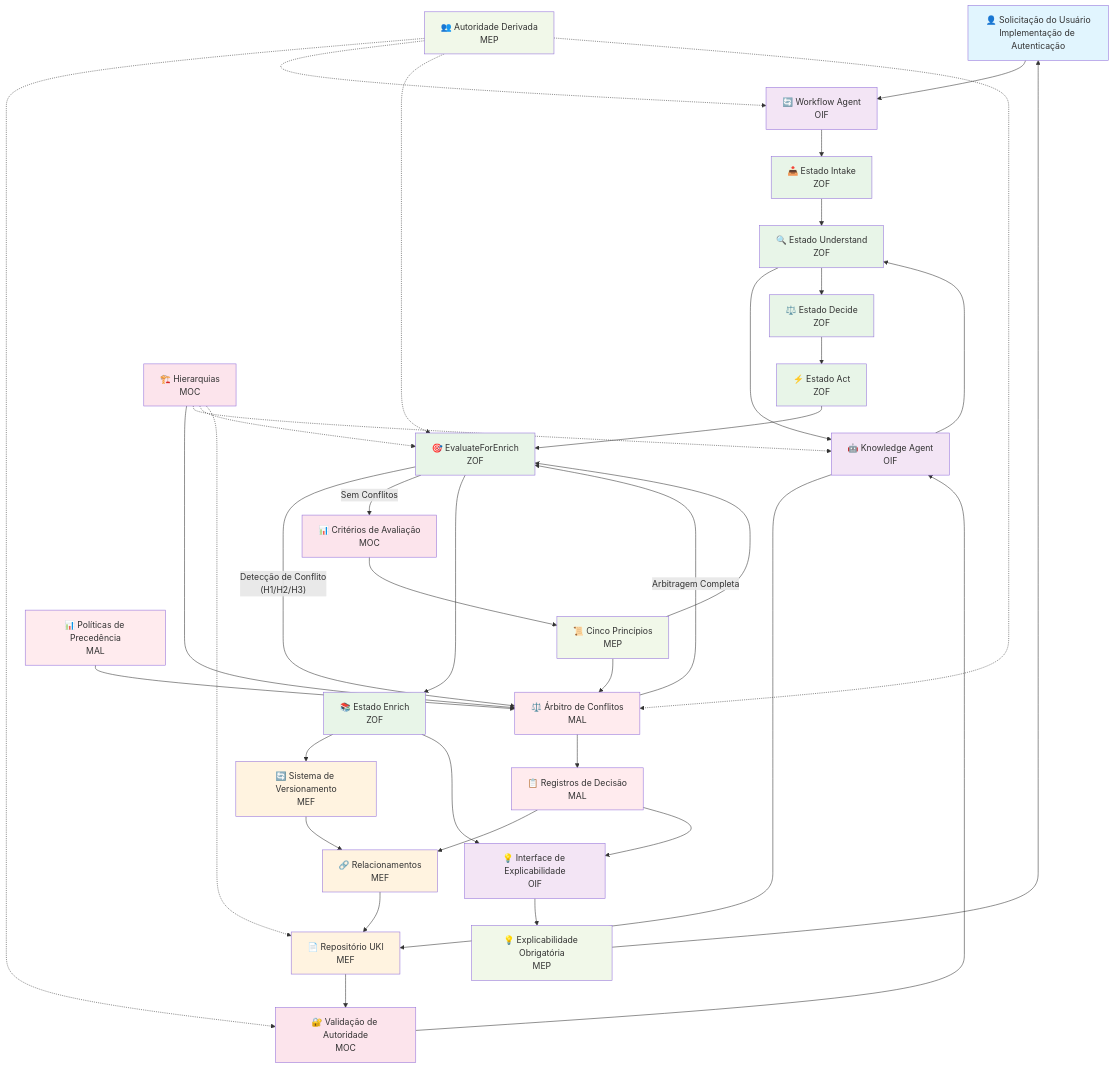
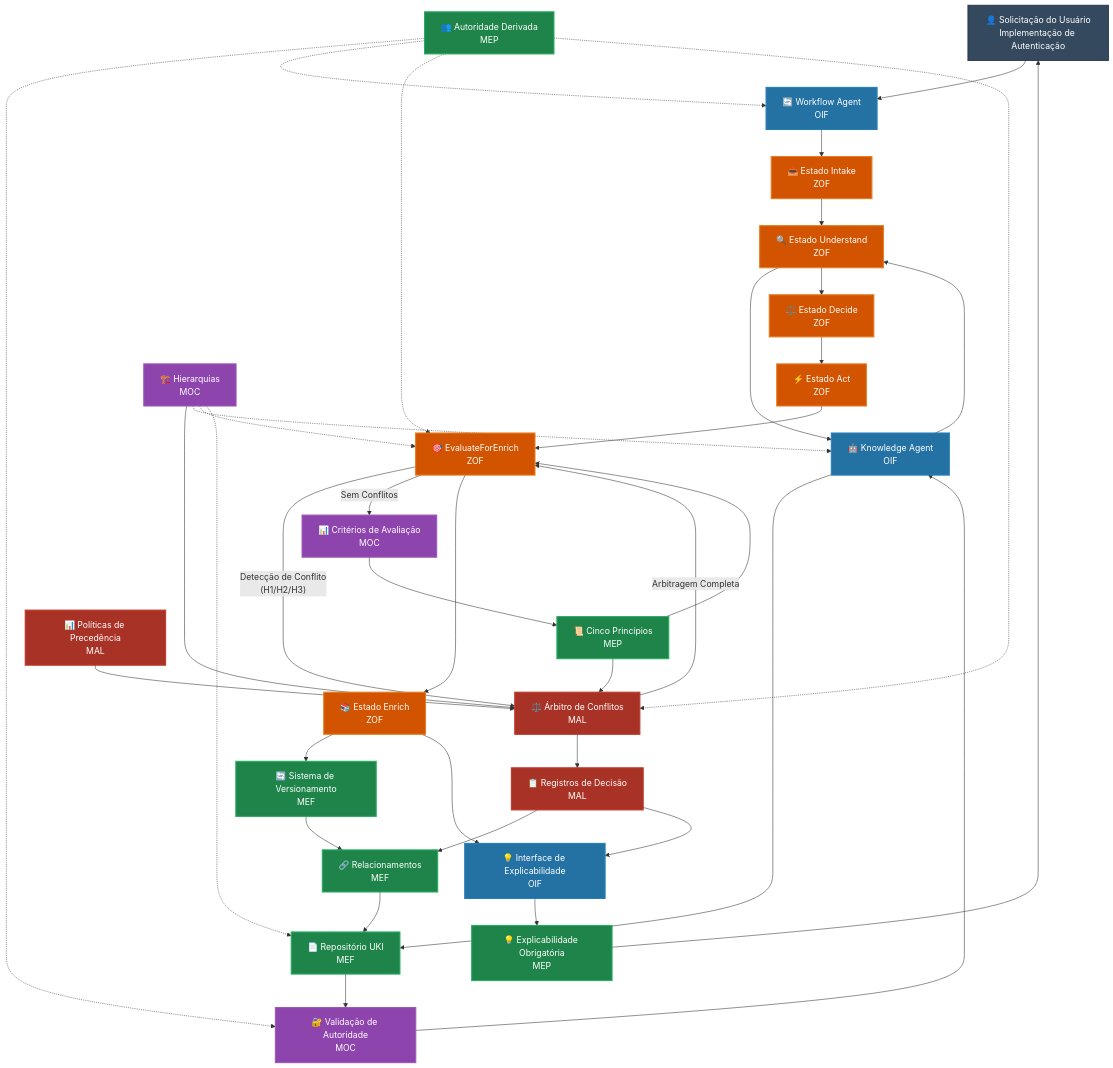
The diagram in content/pt/docs/integration.md (casheiro/matrix-protocol), drawn with Mermaid before and after one commit. The commit also changed 36 other files, not shown here.

```diff
--- a/content/pt/docs/integration.md
+++ b/content/pt/docs/integration.md
@@ -178,14 +178,14 @@
     MEP_AUTH -.-> ZOF_EVL
     MEP_AUTH -.-> MAL_ARB
     
-    %% Estilização
-    classDef user fill:#e1f5fe
-    classDef oif fill:#f3e5f5
-    classDef zof fill:#e8f5e8
-    classDef mef fill:#fff3e0
-    classDef moc fill:#fce4ec
-    classDef mep fill:#f1f8e9
-    classDef mal fill:#ffebee
+    %% Estilização Matrix Protocol - Cores com alto contraste
+    classDef user fill:#34495E,stroke:#2C3E50,color:#fff,stroke-width:2px
+    classDef oif fill:#2471A3,stroke:#2980B9,color:#fff,stroke-width:2px
+    classDef zof fill:#D35400,stroke:#E67E22,color:#fff,stroke-width:2px
+    classDef mef fill:#1E8449,stroke:#27AE60,color:#fff,stroke-width:2px
+    classDef moc fill:#8E44AD,stroke:#9B59B6,color:#fff,stroke-width:2px
+    classDef mep fill:#1E8449,stroke:#27AE60,color:#fff,stroke-width:2px
+    classDef mal fill:#A93226,stroke:#C0392B,color:#fff,stroke-width:2px
     
     class User user
     class OIF_KA,OIF_WA,OIF_EXP oif
```
